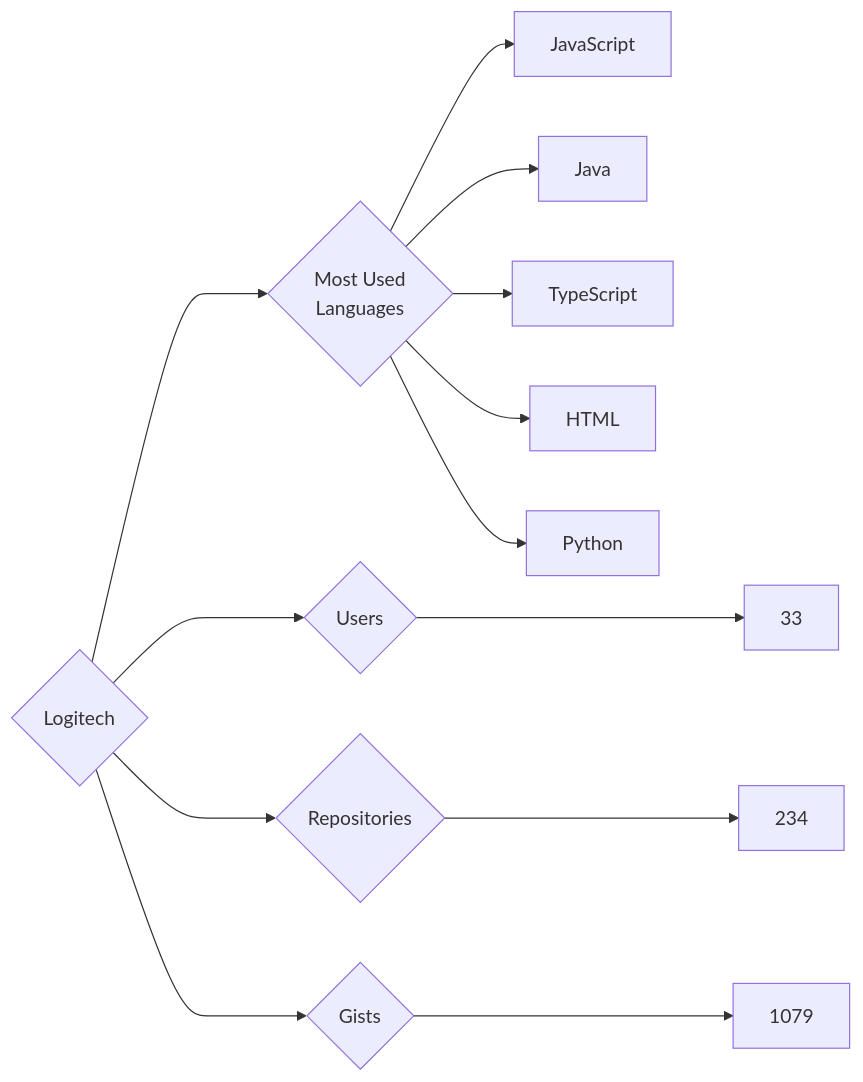
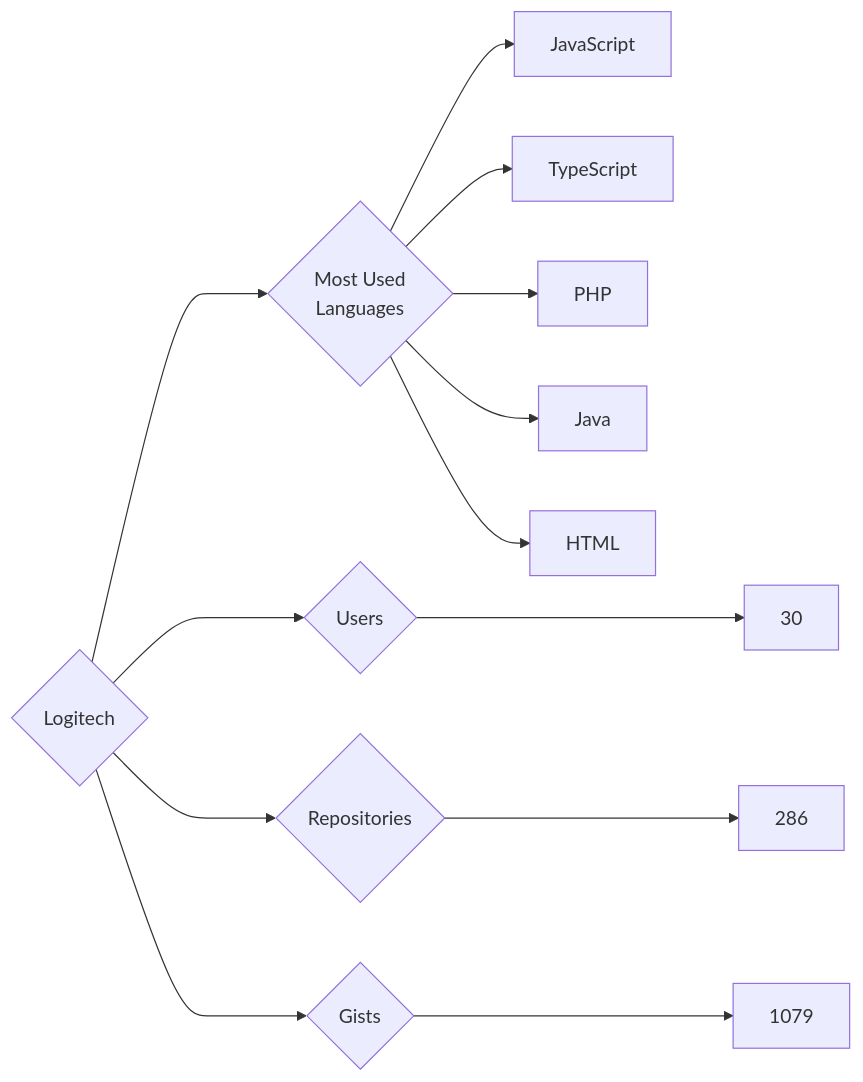
One commit to trickest/insiders changed the diagram in targets/Logitech/README.md. Above: the diagram before and after it, drawn with Mermaid. The commit also changed 899 other files, not shown here.

````diff
--- a/targets/Logitech/README.md
+++ b/targets/Logitech/README.md
@@ -3,13 +3,13 @@
 ```mermaid
 graph LR
 COMPANY_NAME{Logitech}
-COMPANY_NAME ---> U{Users} ---> UN[33]
-COMPANY_NAME ---> R{Repositories} ---> RN[234]
+COMPANY_NAME ---> U{Users} ---> UN[30]
+COMPANY_NAME ---> R{Repositories} ---> RN[286]
 COMPANY_NAME ---> G{Gists} ---> GN[1079]
 COMPANY_NAME ---> ML{Most Used<br>Languages}
 ML --> JavaScript[JavaScript]
+ML --> TypeScript[TypeScript]
+ML --> PHP[PHP]
 ML --> Java[Java]
-ML --> TypeScript[TypeScript]
 ML --> HTML[HTML]
-ML --> Python[Python]
 ```
````
